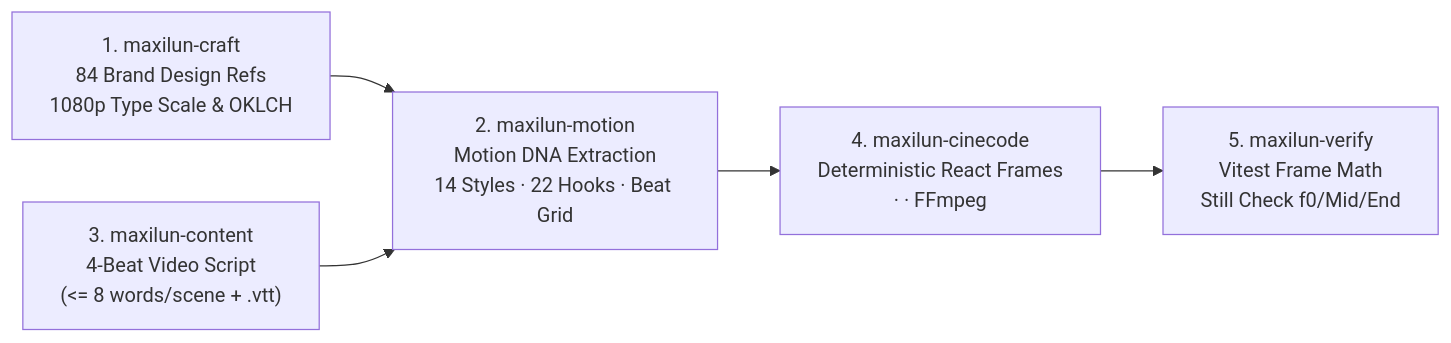
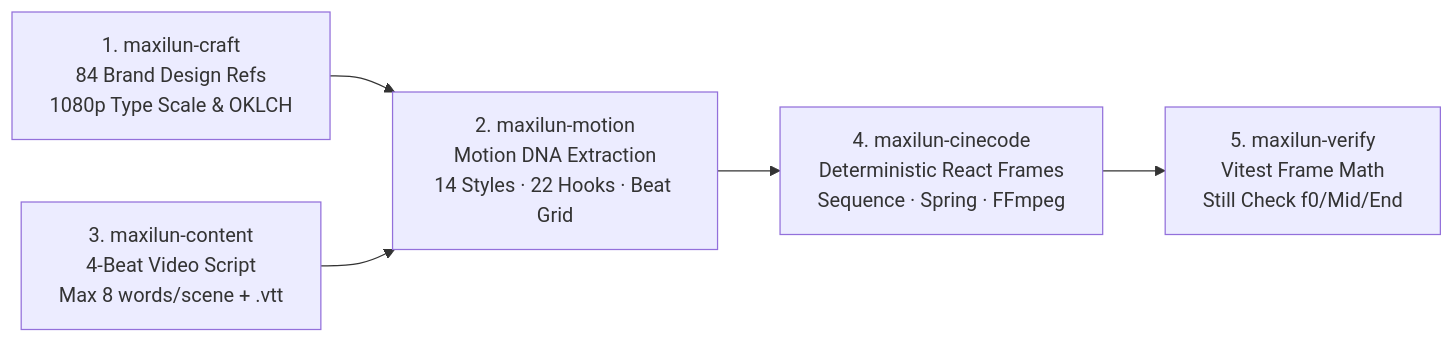
One commit to giriedu/maxilun changed the second of 2 diagrams in README.md. Above: the diagram before and after it, drawn with Mermaid. The commit also changed other lines of this file and 2 other files, not shown here.

Commit message:
feat: release v2.3.0 with multi-skill motion video studio, reference corpora, and visual benchmarks

````diff
--- a/README.md
+++ b/README.md
@@ -84,7 +82,7 @@
 ```mermaid
 flowchart LR
-    Craft["1. maxilun-craft\n84 Brand Design Refs\n1080p Type Scale & OKLCH"] --> Motion["2. maxilun-motion\nMotion DNA Extraction\n14 Styles · 22 Hooks · Beat Grid"]
-    Content["3. maxilun-content\n4-Beat Video Script\n(<= 8 words/scene + .vtt)"] --> Motion
-    Motion --> Cine["4. maxilun-cinecode\nDeterministic React Frames\n<Sequence> · <Spring> · FFmpeg"]
-    Cine --> Verify["5. maxilun-verify\nVitest Frame Math\nStill Check f0/Mid/End"]
+    Craft["1. maxilun-craft<br/>84 Brand Design Refs<br/>1080p Type Scale & OKLCH"] --> Motion["2. maxilun-motion<br/>Motion DNA Extraction<br/>14 Styles · 22 Hooks · Beat Grid"]
+    Content["3. maxilun-content<br/>4-Beat Video Script<br/>Max 8 words/scene + .vtt"] --> Motion
+    Motion --> Cine["4. maxilun-cinecode<br/>Deterministic React Frames<br/>Sequence · Spring · FFmpeg"]
+    Cine --> Verify["5. maxilun-verify<br/>Vitest Frame Math<br/>Still Check f0/Mid/End"]
 ```
````
